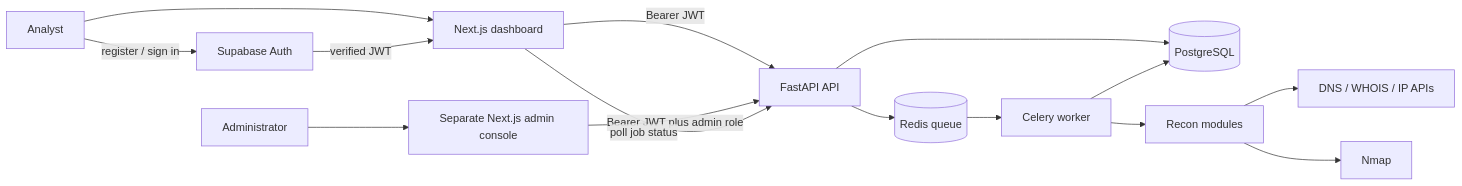
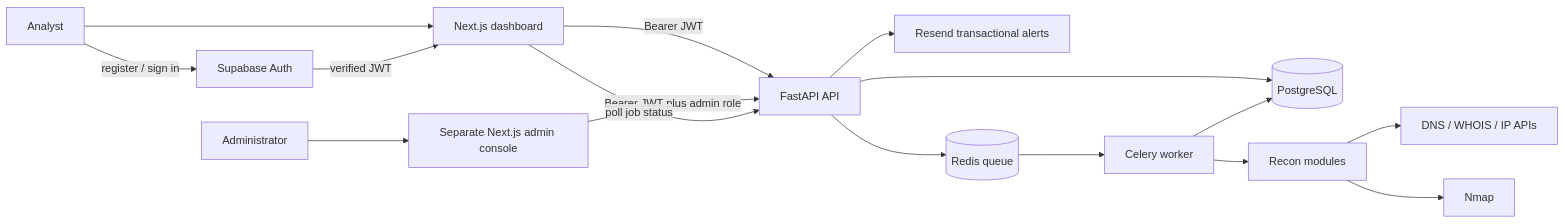
One commit to Learnlife001/cyberrecon changed the diagram in README.md. Above: the diagram before and after it, drawn with Mermaid. The commit also changed other lines of this file and 5 other files, not shown here.

````diff
--- a/README.md
+++ b/README.md
@@ -33,17 +34,18 @@
 ```mermaid
 flowchart LR
     U[Analyst] --> UI[Next.js dashboard]
     A[Administrator] --> ADMIN[Separate Next.js admin console]
     U -->|register / sign in| AUTH[Supabase Auth]
     AUTH -->|verified JWT| UI
     UI -->|Bearer JWT| API[FastAPI API]
     ADMIN -->|Bearer JWT plus admin role| API
     API --> DB[(PostgreSQL)]
+    API --> EMAIL[Resend transactional alerts]
     API --> Q[(Redis queue)]
     Q --> W[Celery worker]
     W --> R[Recon modules]
     R --> DNS[DNS / WHOIS / IP APIs]
     R --> NMAP[Nmap]
     W --> DB
     UI -->|poll job status| API
 ```
````
